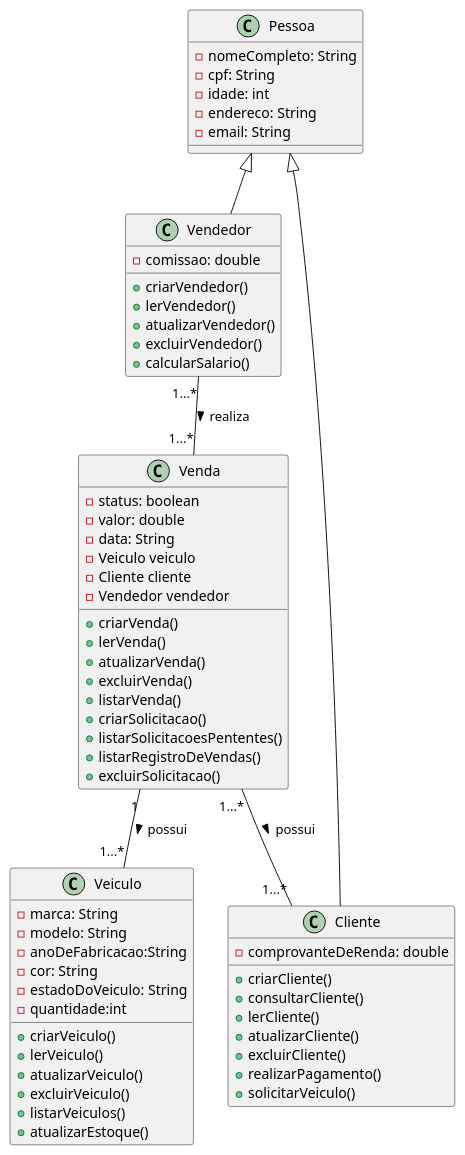
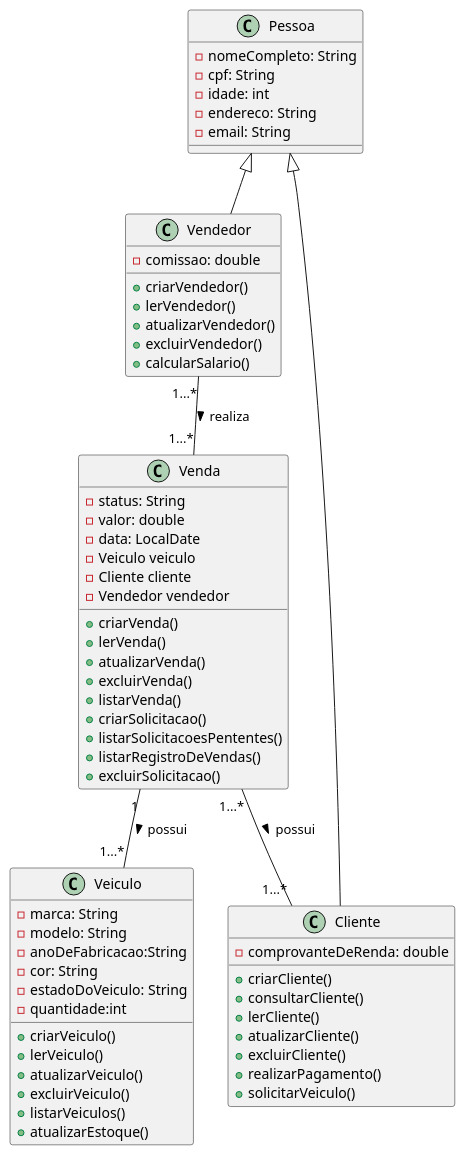
One commit to Moisesl2/Projeto-Concessionaria changed the diagram in DIAGRAMA/ProjetoPOO.iuml. Above: the diagram before and after it, drawn with PlantUML. The commit also changed 4 other files, not shown here.

```diff
--- a/DIAGRAMA/ProjetoPOO.iuml
+++ b/DIAGRAMA/ProjetoPOO.iuml
@@ -1,68 +1,68 @@
 @startuml "Concessionária"
 
 class Pessoa{
     -nomeCompleto: String
     -cpf: String
     -idade: int
     -endereco: String
     -email: String
 }
 
 class Vendedor{
     -comissao: double
     +criarVendedor()
     +lerVendedor()
     +atualizarVendedor()
     +excluirVendedor()
     +calcularSalario()
 }
 class Cliente{
     -comprovanteDeRenda: double
     +criarCliente()
     +consultarCliente() 
     +lerCliente()
     +atualizarCliente()
     +excluirCliente()
     +realizarPagamento()
     +solicitarVeiculo()
 }
 
 class Veiculo{
     -marca: String 
     -modelo: String
     -anoDeFabricacao:String 
     -cor: String 
     -estadoDoVeiculo: String
     -quantidade:int
     +criarVeiculo()
     +lerVeiculo()
     +atualizarVeiculo()
     +excluirVeiculo()
     +listarVeiculos()
     +atualizarEstoque()
 }
 class Venda{
-    -status: boolean
+    -status: String
     -valor: double 
-    -data: String
+    -data: LocalDate
     -Veiculo veiculo
     -Cliente cliente 
     -Vendedor vendedor
     +criarVenda()
     +lerVenda()
     +atualizarVenda()
     +excluirVenda()
     +listarVenda()
-    +criarSolicitacao() 
+    +criarSolicitacao()
     +listarSolicitacoesPententes()
     +listarRegistroDeVendas()
     +excluirSolicitacao()
 }
 Pessoa <|-- Vendedor
 Pessoa <|-- Cliente 
 
 Vendedor "1...*"--"1...*" Venda: realiza >
 Venda "1" -- "1...*" Veiculo: possui >
 Venda "1...*" -- "1...*" Cliente: possui >
 
 @enduml
```
